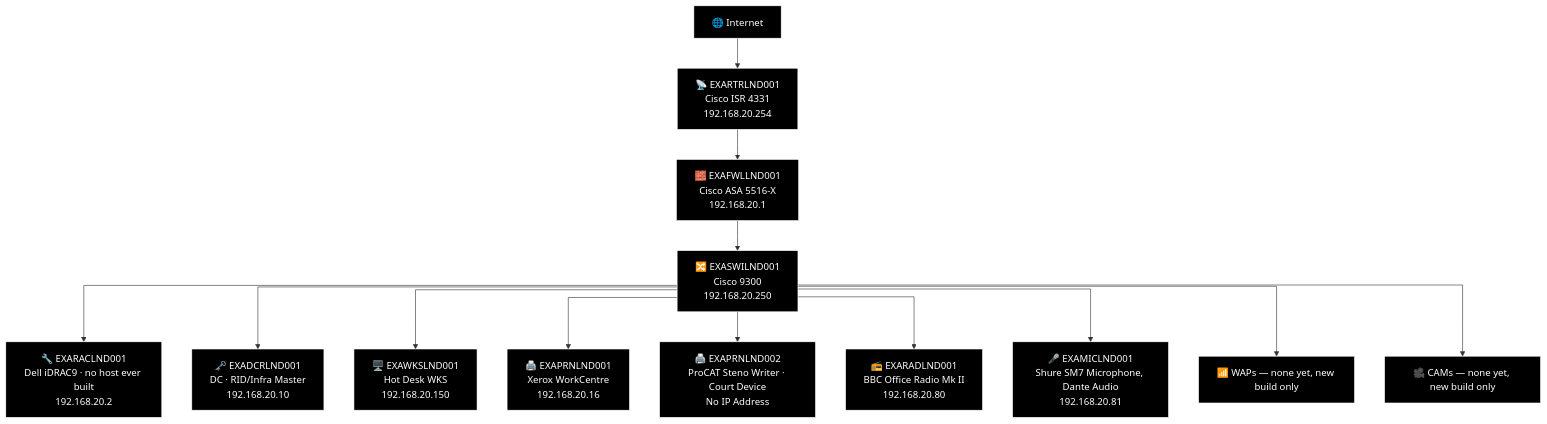
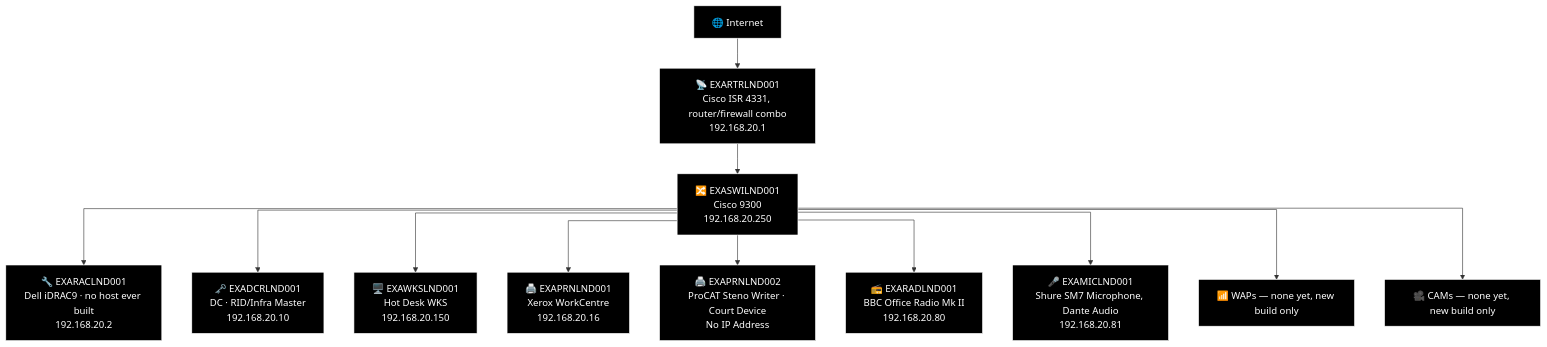
One commit to knightmare2600/example_music_infra changed the first of 27 diagrams in docs/network-diagram/england.md. Above: the diagram before and after it, drawn with Mermaid. The commit also changed other lines of this file and 7 other files, not shown here.

````diff
--- a/docs/network-diagram/england.md
+++ b/docs/network-diagram/england.md
@@ -27,45 +27,42 @@
 ```mermaid
 %%{init: {'flowchart': {'curve': 'stepAfter'}}}%%
 graph TD
     O_INET["🌐 Internet"]
-    O_RTR["📡 EXARTRLND001<br/>Cisco ISR 4331<br/>192.168.20.254"]
+    O_RTR["📡 EXARTRLND001<br/>Cisco ISR 4331, router/firewall combo<br/>192.168.20.1"]
     O_INET --> O_RTR
-    O_FWL["🧱 EXAFWLLND001<br/>Cisco ASA 5516-X<br/>192.168.20.1"]
-    O_RTR --> O_FWL
     O_SW["🔀 EXASWILND001<br/>Cisco 9300<br/>192.168.20.250"]
-    O_FWL --> O_SW
+    O_RTR --> O_SW
 
     O_RAC["🔧 EXARACLND001<br/>Dell iDRAC9 · no host ever built<br/>192.168.20.2"]
     O_DC["🗝️ EXADCRLND001<br/>DC · RID/Infra Master<br/>192.168.20.10"]
     O_SW --> O_RAC
     O_SW --> O_DC
 
     O_WKS["🖥️ EXAWKSLND001<br/>Hot Desk WKS<br/>192.168.20.150"]
     O_PRN1["🖨️ EXAPRNLND001<br/>Xerox WorkCentre<br/>192.168.20.16"]
     O_PRN2["🖨️ EXAPRNLND002<br/>ProCAT Steno Writer · Court Device<br/>No IP Address"]
     O_RAD["📻 EXARADLND001<br/>BBC Office Radio Mk II<br/>192.168.20.80"]
     O_MIC["🎤 EXAMICLND001<br/>Shure SM7 Microphone, Dante Audio<br/>192.168.20.81"]
     O_WAP["📶 WAPs — none yet, new build only"]
     O_CAM["🎥 CAMs — none yet, new build only"]
     O_SW --> O_WKS
     O_SW --> O_PRN1
     O_SW --> O_PRN2
     O_SW --> O_RAD
     O_SW --> O_MIC
     O_SW --> O_WAP
     O_SW --> O_CAM
 
     style O_INET fill:#000000,stroke:#FFFFFF,color:#FFFFFF
     style O_RTR fill:#000000,stroke:#FFFFFF,color:#FFFFFF
-    style O_FWL fill:#000000,stroke:#FFFFFF,color:#FFFFFF
     style O_SW fill:#000000,stroke:#FFFFFF,color:#FFFFFF
     style O_RAC fill:#000000,stroke:#FFFFFF,color:#FFFFFF
     style O_DC fill:#000000,stroke:#FFFFFF,color:#FFFFFF
     style O_WKS fill:#000000,stroke:#FFFFFF,color:#FFFFFF
     style O_PRN1 fill:#000000,stroke:#FFFFFF,color:#FFFFFF
     style O_PRN2 fill:#000000,stroke:#FFFFFF,color:#FFFFFF
     style O_RAD fill:#000000,stroke:#FFFFFF,color:#FFFFFF
     style O_MIC fill:#000000,stroke:#FFFFFF,color:#FFFFFF
     style O_WAP fill:#000000,stroke:#FFFFFF,color:#FFFFFF
     style O_CAM fill:#000000,stroke:#FFFFFF,color:#FFFFFF
 ```
````
